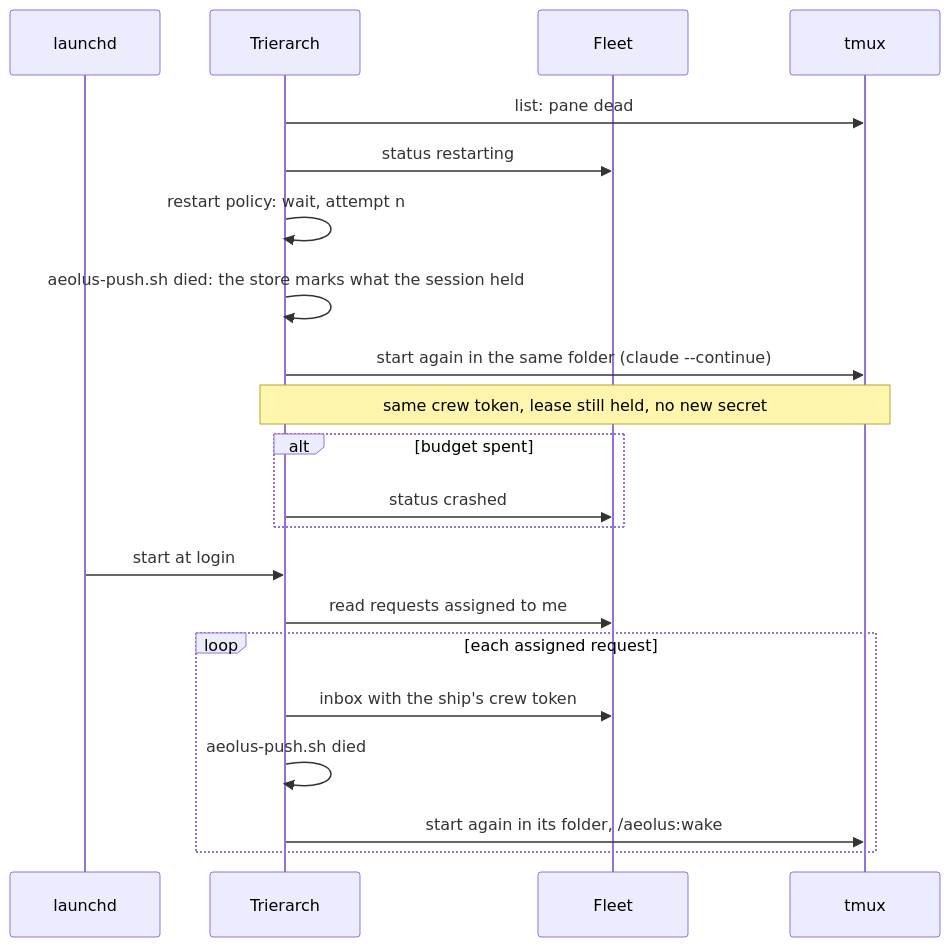
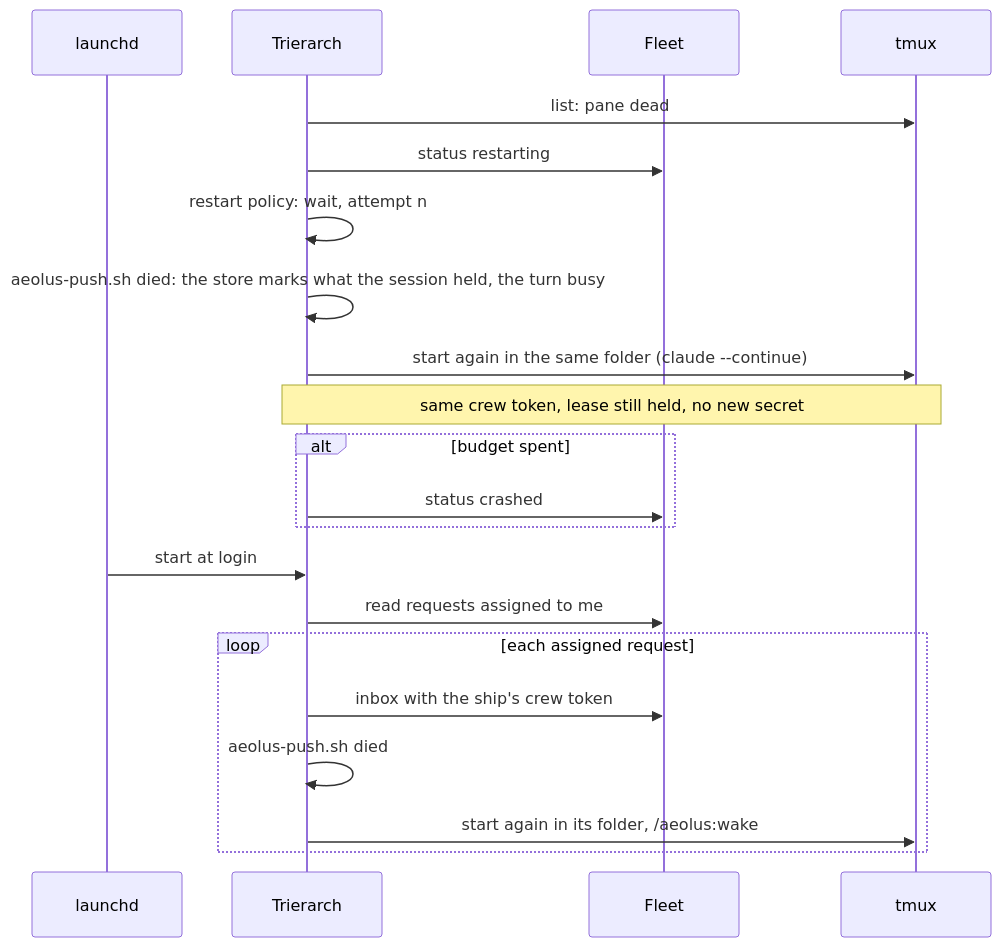
The fourth of 6 diagrams in docs/architecture.md (ThomasHendrickx/aeolus-fleet), drawn with Mermaid before and after one commit. The commit also changed 3 other files, not shown here.

First line of the commit message:
fix(plugin): a session the trierarch starts again is busy from its start

````diff
--- a/docs/architecture.md
+++ b/docs/architecture.md
@@ -308,23 +308,23 @@
 ```mermaid
 sequenceDiagram
   participant OS as launchd
   participant T as Trierarch
   participant F as Fleet
   participant X as tmux
   T->>X: list: pane dead
   T->>F: status restarting
   T->>T: restart policy: wait, attempt n
-  T->>T: aeolus-push.sh died: the store marks what the session held
+  T->>T: aeolus-push.sh died: the store marks what the session held, the turn busy
   T->>X: start again in the same folder (claude --continue)
   Note over T,X: same crew token, lease still held, no new secret
   alt budget spent
     T->>F: status crashed
   end
   OS->>T: start at login
   T->>F: read requests assigned to me
   loop each assigned request
     T->>F: inbox with the ship's crew token
     T->>T: aeolus-push.sh died
     T->>X: start again in its folder, /aeolus:wake
   end
 ```
````
